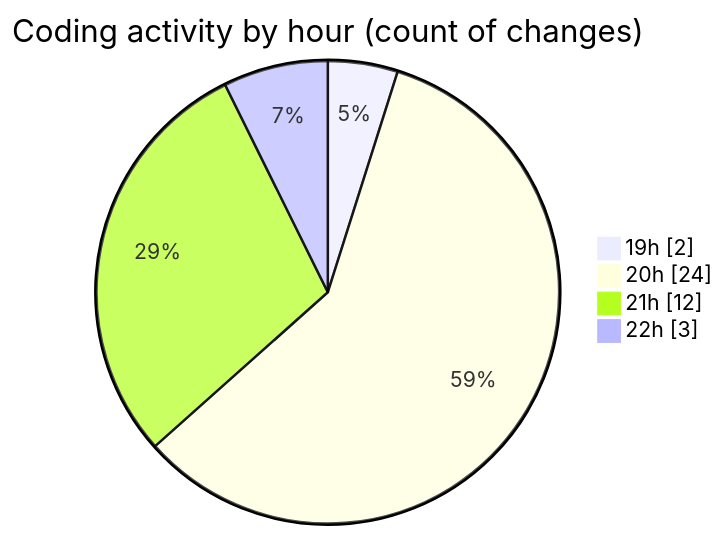
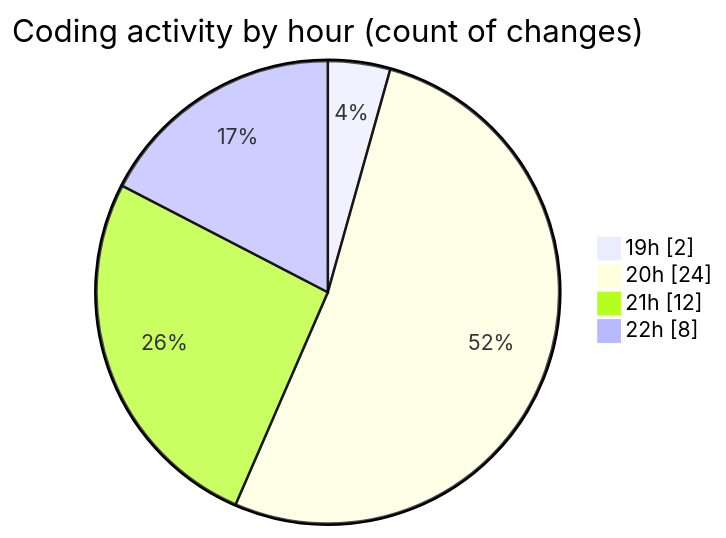
The second of 2 diagrams in 2025-04-13/autodidak/README.md (idhammustaqopulfikri/code-tracking), drawn with Mermaid before and after one commit. The commit also changed other lines of this file and 1 other file, not shown here.

````diff
--- a/2025-04-13/autodidak/README.md
+++ b/2025-04-13/autodidak/README.md
@@ -36,8 +38,8 @@
 ```mermaid
 pie showData
 title Coding activity by hour (count of changes)
 "19h" : 2
 "20h" : 24
 "21h" : 12
-"22h" : 3
+"22h" : 8
 ```
````
